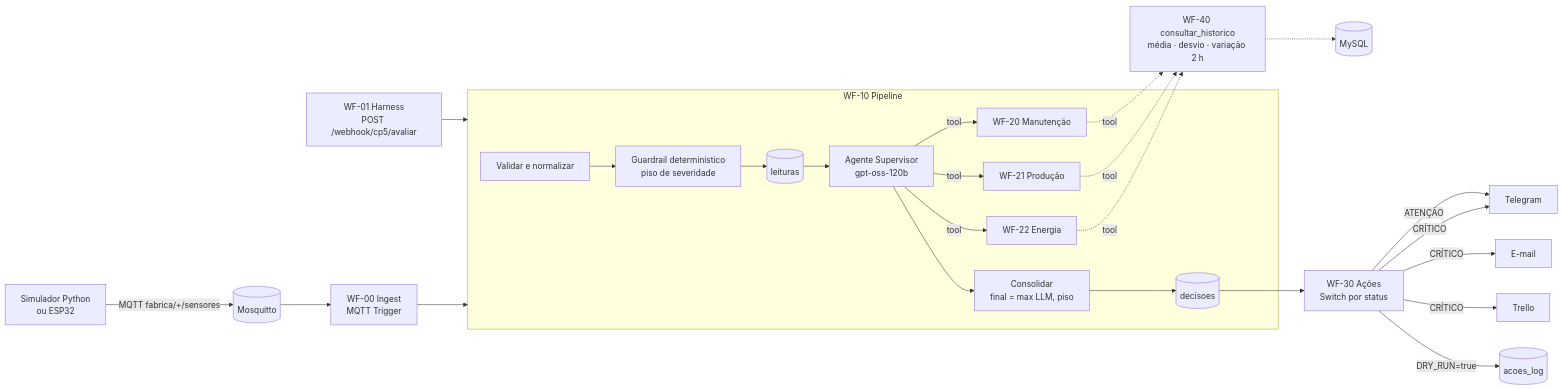
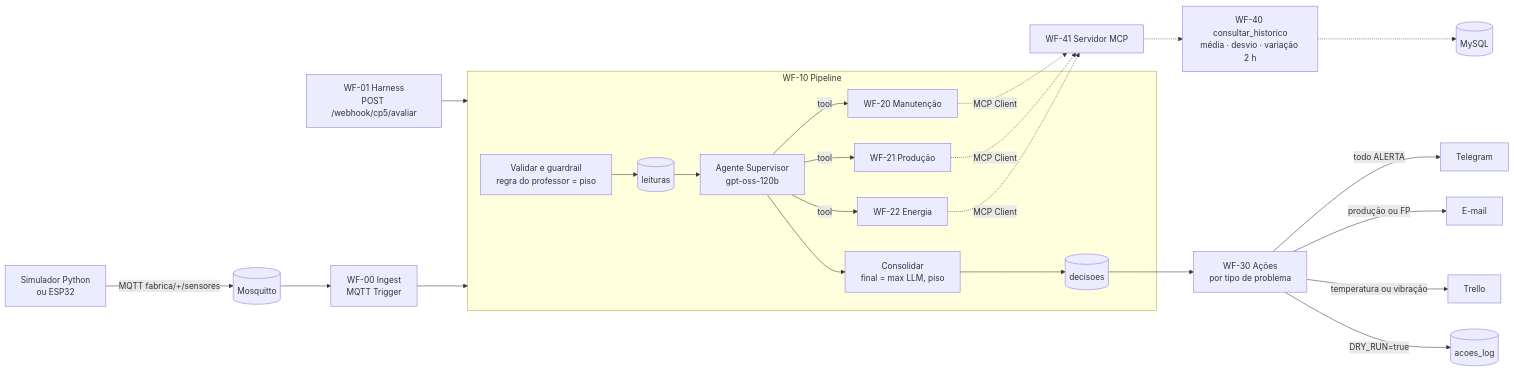
One commit to FelipeFerrete/cp5-agentes changed the diagram in README.md. Above: the diagram before and after it, drawn with Mermaid. The commit also changed other lines of this file, not shown here.

Commit message:
docs(readme): alinha ao enunciado (NORMAL/ALERTA, ações por problema, MCP, testes e roteiro)

````diff
--- a/README.md
+++ b/README.md
@@ -40,25 +56,26 @@
 ```mermaid
 flowchart LR
   SIM[Simulador Python<br/>ou ESP32] -->|MQTT fabrica/+/sensores| MQ[(Mosquitto)]
   MQ --> WF00[WF-00 Ingest<br/>MQTT Trigger]
   HAR[WF-01 Harness<br/>POST /webhook/cp5/avaliar] --> WF10
   WF00 --> WF10
 
   subgraph WF10[WF-10 Pipeline]
-    V[Validar e normalizar] --> G[Guardrail determinístico<br/>piso de severidade]
-    G --> L[(leituras)]
+    V[Validar e guardrail<br/>regra do professor = piso] --> L[(leituras)]
     L --> SUP[Agente Supervisor<br/>gpt-oss-120b]
     SUP -->|tool| M[WF-20 Manutenção]
     SUP -->|tool| P[WF-21 Produção]
     SUP -->|tool| E[WF-22 Energia]
     SUP --> C[Consolidar<br/>final = max LLM, piso]
     C --> D[(decisoes)]
   end
 
-  M & P & E -.->|tool| H[WF-40 consultar_historico<br/>média · desvio · variação 2 h]
+  M & P & E -.->|MCP Client| MCP[WF-41 Servidor MCP]
+  MCP -.-> H[WF-40 consultar_historico<br/>média · desvio · variação 2 h]
   H -.-> DB[(MySQL)]
-  D --> WF30[WF-30 Ações<br/>Switch por status]
-  WF30 -->|ATENÇÃO| TG[Telegram]
-  WF30 -->|CRÍTICO| TG & EM[E-mail] & TR[Trello]
+  D --> WF30[WF-30 Ações<br/>por tipo de problema]
+  WF30 -->|todo ALERTA| TG[Telegram]
+  WF30 -->|produção ou FP| EM[E-mail]
+  WF30 -->|temperatura ou vibração| TR[Trello]
   WF30 -->|DRY_RUN=true| AL[(acoes_log)]
 ```
````
